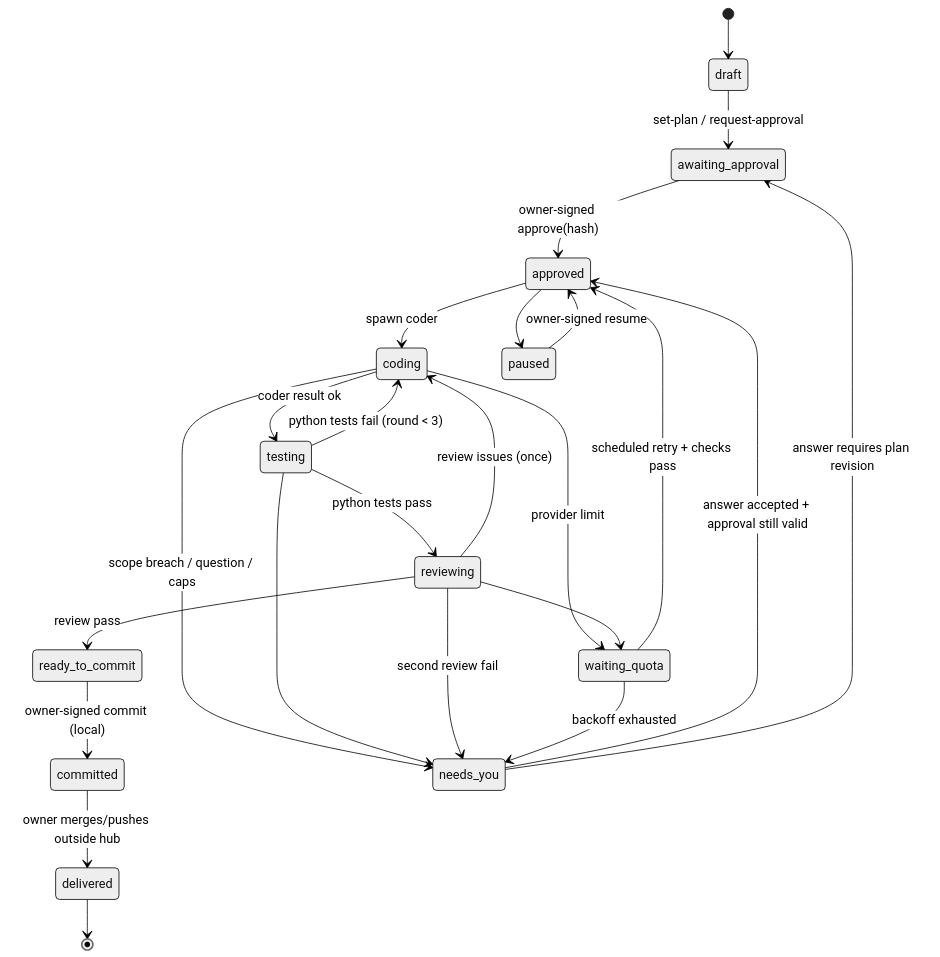
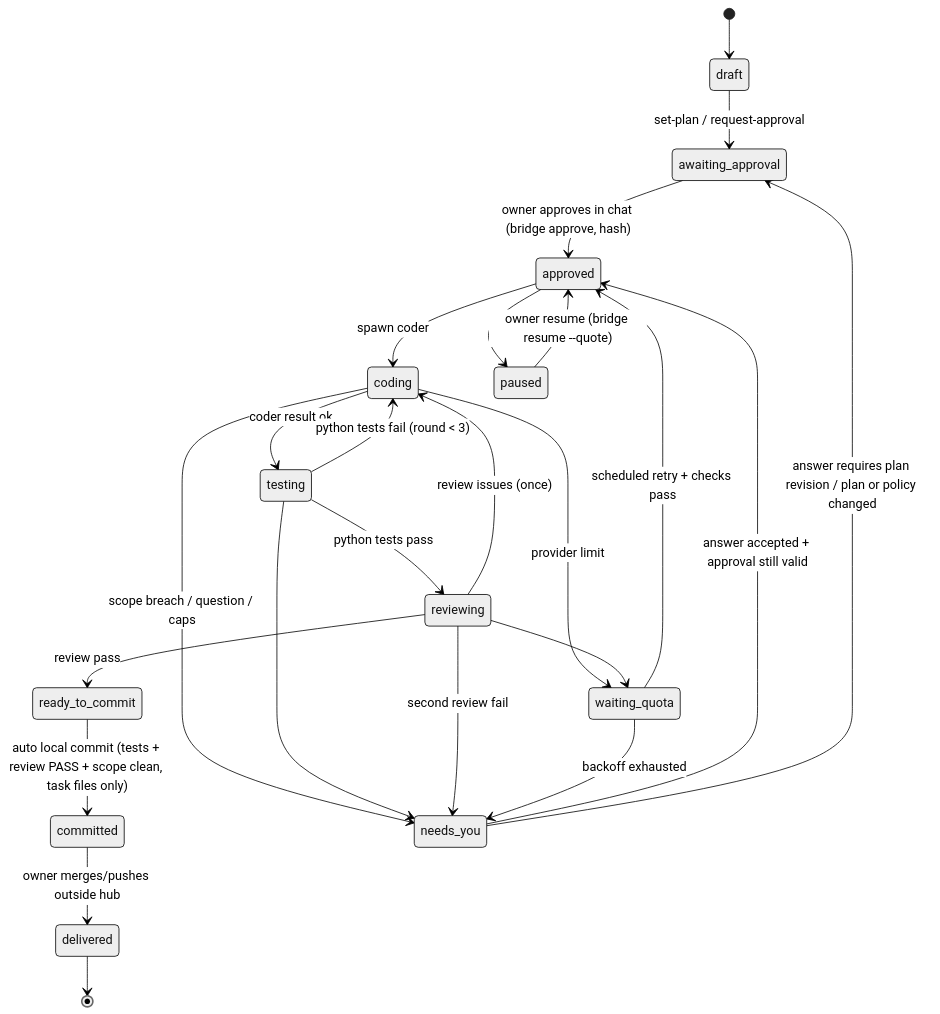
One commit to wunzent/honeyguide changed the fourth of 6 diagrams in docs/ARCHITECTURE.md. Above: the diagram before and after it, drawn with Mermaid (neutral theme). The commit also changed other lines of this file and 38 other files, not shown here.

First line of the commit message:
Remove signing: conversational owner approval (PENDING LIVE VERIFICATION)

````diff
--- a/docs/ARCHITECTURE.md
+++ b/docs/ARCHITECTURE.md
@@ -356,26 +301,26 @@
 ```mermaid
 stateDiagram-v2
   [*] --> draft
   draft --> awaiting_approval: set-plan / request-approval
-  awaiting_approval --> approved: owner-signed approve(hash)
+  awaiting_approval --> approved: owner approves in chat (bridge approve, hash)
   approved --> coding: spawn coder
   coding --> testing: coder result ok
   testing --> coding: python tests fail (round < 3)
   testing --> reviewing: python tests pass
   reviewing --> coding: review issues (once)
   reviewing --> ready_to_commit: review pass
-  ready_to_commit --> committed: owner-signed commit (local)
+  ready_to_commit --> committed: auto local commit (tests + review PASS + scope clean, task files only)
   committed --> delivered: owner merges/pushes outside hub
   coding --> needs_you: scope breach / question / caps
   testing --> needs_you
   reviewing --> needs_you: second review fail
   needs_you --> approved: answer accepted + approval still valid
-  needs_you --> awaiting_approval: answer requires plan revision
+  needs_you --> awaiting_approval: answer requires plan revision / plan or policy changed
   coding --> waiting_quota: provider limit
   reviewing --> waiting_quota
   waiting_quota --> approved: scheduled retry + checks pass
   waiting_quota --> needs_you: backoff exhausted
   approved --> paused
-  paused --> approved: owner-signed resume
+  paused --> approved: owner resume (bridge resume --quote)
   delivered --> [*]
 ```
````
